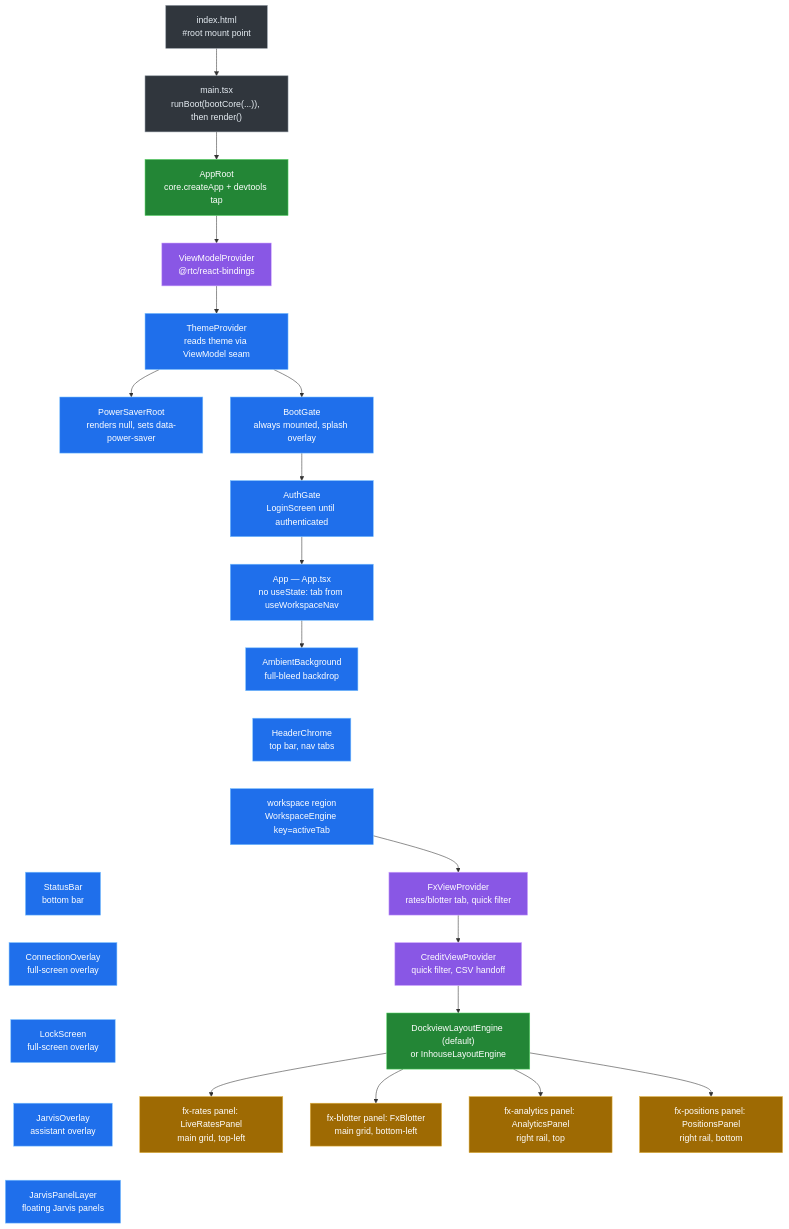
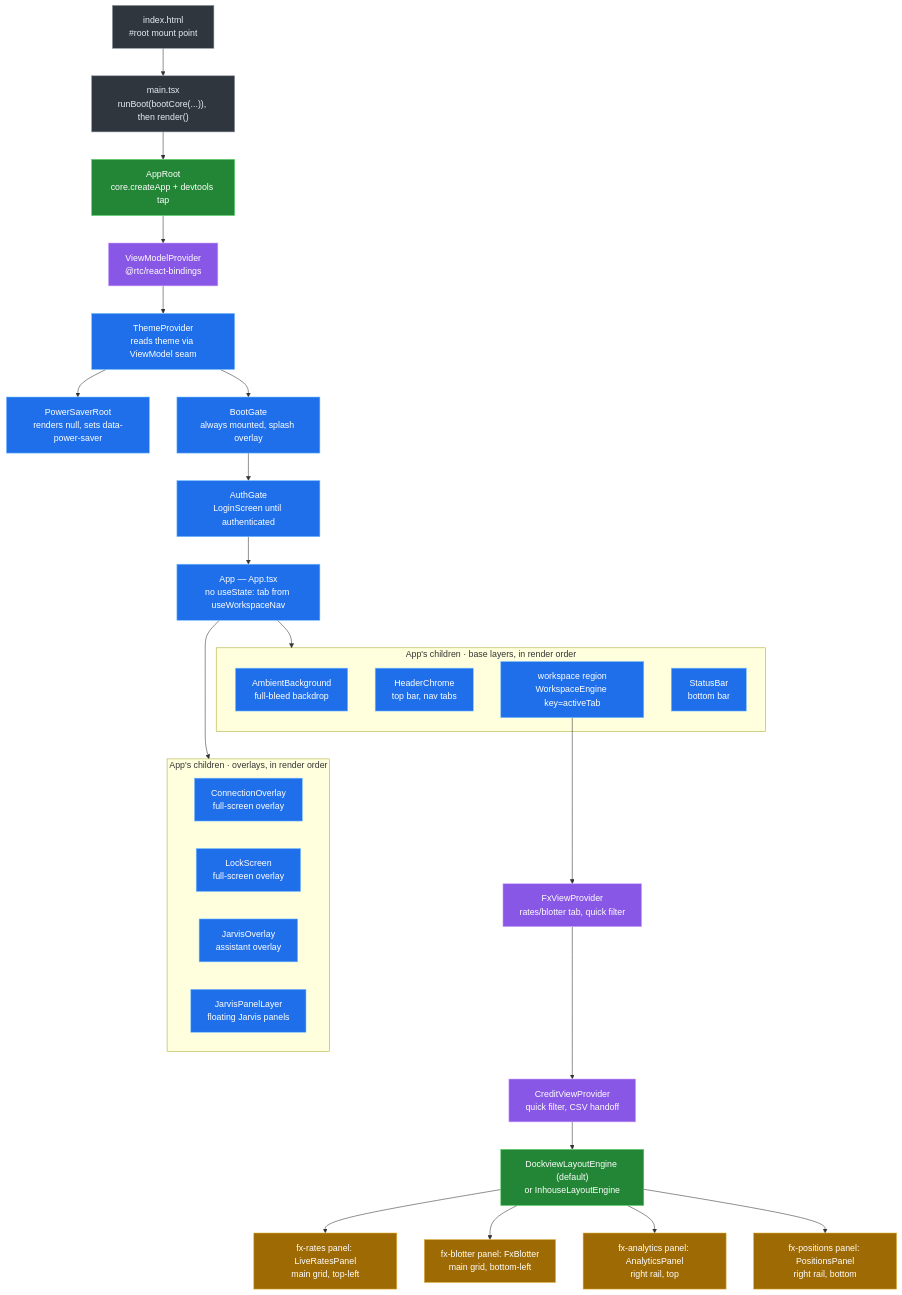
One commit to bettersoftware-io/ReactiveTraderCloudClone changed the first of 5 diagrams in docs/architecture/17-web-client-up-close.md. Above: the diagram before and after it, drawn with Mermaid. The commit also changed other lines of this file and 1 other file, not shown here.

First line of the commit message:
docs(architecture): §14/§17 review fixes — current layout-machine code, no line cites

````diff
--- a/docs/architecture/17-web-client-up-close.md
+++ b/docs/architecture/17-web-client-up-close.md
@@ -58,58 +58,58 @@
 ```mermaid
 flowchart TB
     IndexHtml["index.html<br/>#root mount point"]:::entry
     MainTsx["main.tsx<br/>runBoot(bootCore(...)), then render()"]:::entry
     RootComp["AppRoot<br/>core.createApp + devtools tap"]:::core
     VMProvider["ViewModelProvider<br/>@rtc/react-bindings"]:::bridge
     ThemeProviderNode["ThemeProvider<br/>reads theme via ViewModel seam"]:::ui
 
     IndexHtml --> MainTsx --> RootComp --> VMProvider --> ThemeProviderNode
 
     PowerSaver["PowerSaverRoot<br/>renders null, sets data-power-saver"]:::ui
     BootGateNode["BootGate<br/>always mounted, splash overlay"]:::ui
     AuthGateNode["AuthGate<br/>LoginScreen until authenticated"]:::ui
     AppComp["App — App.tsx<br/>no useState: tab from useWorkspaceNav"]:::ui
 
     ThemeProviderNode --> PowerSaver
     ThemeProviderNode --> BootGateNode --> AuthGateNode --> AppComp
 
-    Ambient["AmbientBackground<br/>full-bleed backdrop"]:::ui
-    Header["HeaderChrome<br/>top bar, nav tabs"]:::ui
-    Workspace["workspace region<br/>WorkspaceEngine key=activeTab"]:::ui
-    Status["StatusBar<br/>bottom bar"]:::ui
-    ConnOverlay["ConnectionOverlay<br/>full-screen overlay"]:::ui
-    Lock["LockScreen<br/>full-screen overlay"]:::ui
-    JarvisO["JarvisOverlay<br/>assistant overlay"]:::ui
-    JarvisP["JarvisPanelLayer<br/>floating Jarvis panels"]:::ui
+    subgraph Base["App's children · base layers, in render order"]
+        Ambient["AmbientBackground<br/>full-bleed backdrop"]:::ui
+        Header["HeaderChrome<br/>top bar, nav tabs"]:::ui
+        Workspace["workspace region<br/>WorkspaceEngine key=activeTab"]:::ui
+        Status["StatusBar<br/>bottom bar"]:::ui
+    end
 
-    AppComp --> Ambient
-    Ambient ~~~ Header
-    Header ~~~ Workspace
-    Workspace ~~~ Status
-    Status ~~~ ConnOverlay
-    ConnOverlay ~~~ Lock
-    Lock ~~~ JarvisO
-    JarvisO ~~~ JarvisP
+    subgraph Overlays["App's children · overlays, in render order"]
+        ConnOverlay["ConnectionOverlay<br/>full-screen overlay"]:::ui
+        Lock["LockScreen<br/>full-screen overlay"]:::ui
+        JarvisO["JarvisOverlay<br/>assistant overlay"]:::ui
+        JarvisP["JarvisPanelLayer<br/>floating Jarvis panels"]:::ui
+    end
+
+    AppComp --> Base
+    AppComp --> Overlays
+    Base ~~~ Overlays
 
     FxVP["FxViewProvider<br/>rates/blotter tab, quick filter"]:::bridge
     CreditVP["CreditViewProvider<br/>quick filter, CSV handoff"]:::bridge
     Engine["DockviewLayoutEngine (default)<br/>or InhouseLayoutEngine"]:::core
 
     Workspace --> FxVP --> CreditVP --> Engine
 
     Rates["fx-rates panel: LiveRatesPanel<br/>main grid, top-left"]:::leaf
     Blotter["fx-blotter panel: FxBlotter<br/>main grid, bottom-left"]:::leaf
     Analytics["fx-analytics panel: AnalyticsPanel<br/>right rail, top"]:::leaf
     Positions["fx-positions panel: PositionsPanel<br/>right rail, bottom"]:::leaf
 
     Engine --> Rates
     Engine --> Blotter
     Engine --> Analytics
     Engine --> Positions
 
     classDef entry fill:#30363d,stroke:#8b949e,color:#e6edf3
     classDef core   fill:#238636,stroke:#56d364,color:#ffffff
     classDef bridge fill:#8957e5,stroke:#d2a8ff,color:#ffffff
     classDef ui     fill:#1f6feb,stroke:#79c0ff,color:#ffffff
     classDef leaf   fill:#9e6a03,stroke:#e3b341,color:#ffffff
 ```
````
